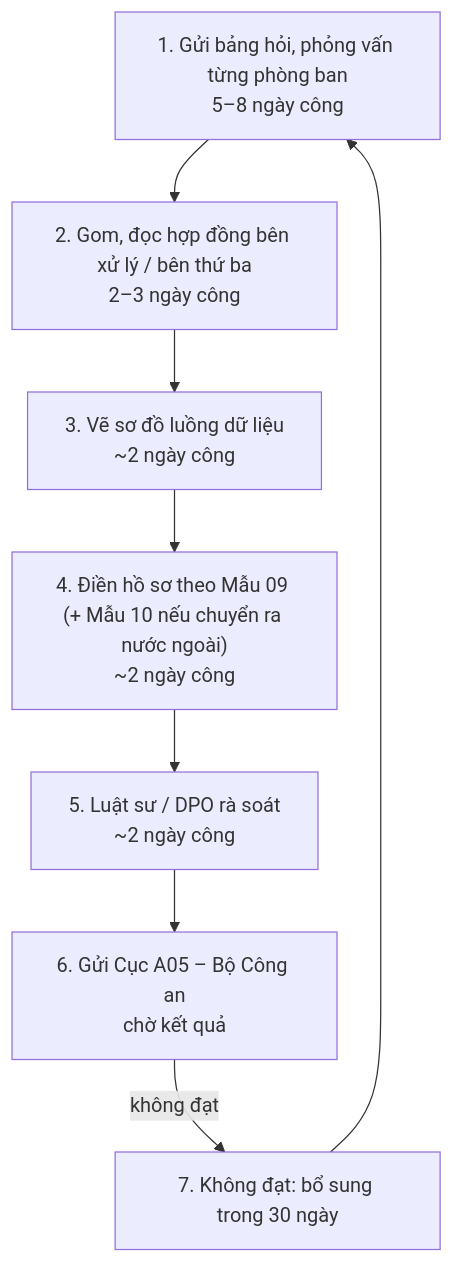
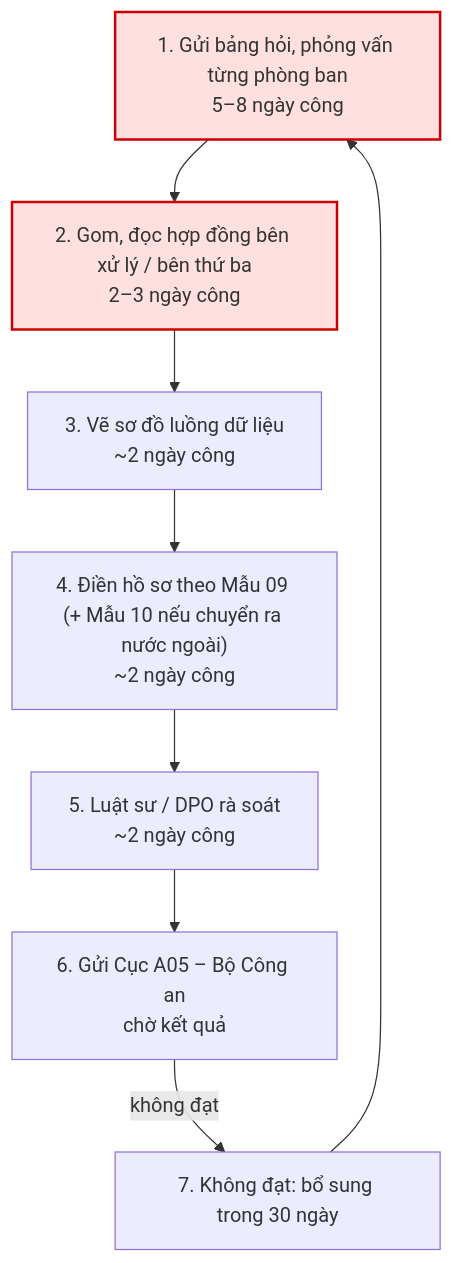
Before and after one commit to czx04/K5-L3B-DAY02-5npc-DiscoveryProblemFraming: the first of 2 diagrams in report/team/group_report.md, drawn with Mermaid. The commit also changed other lines of this file, not shown here.

````diff
--- a/report/team/group_report.md
+++ b/report/team/group_report.md
@@ -174,13 +176,14 @@
 ```mermaid
 flowchart TD
   S1["1. Gửi bảng hỏi, phỏng vấn từng phòng ban<br/>5–8 ngày công"]
   S2["2. Gom, đọc hợp đồng bên xử lý / bên thứ ba<br/>2–3 ngày công"]
   S3["3. Vẽ sơ đồ luồng dữ liệu<br/>~2 ngày công"]
   S4["4. Điền hồ sơ theo Mẫu 09 (+ Mẫu 10 nếu chuyển ra nước ngoài)<br/>~2 ngày công"]
   S5["5. Luật sư / DPO rà soát<br/>~2 ngày công"]
   S6["6. Gửi Cục A05 – Bộ Công an<br/>chờ kết quả"]
   S7["7. Không đạt: bổ sung trong 30 ngày"]
   S1 --> S2 --> S3 --> S4 --> S5 --> S6
   S6 -- "không đạt" --> S7 --> S1
   classDef bn fill:#ffe0e0,stroke:#c00,stroke-width:2px
+  class S1,S2 bn
 ```
````
